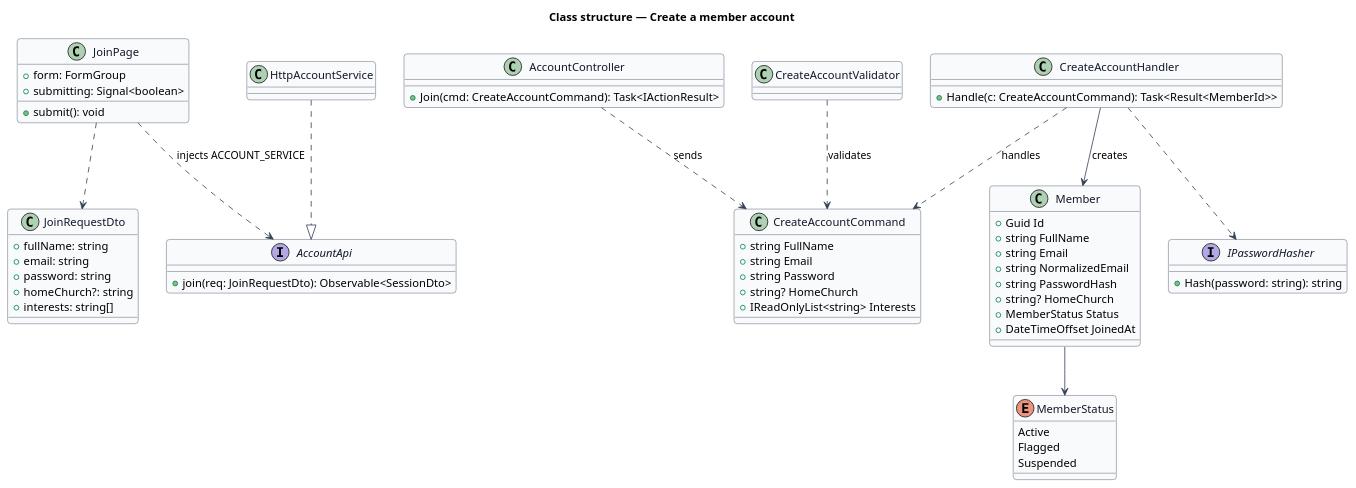
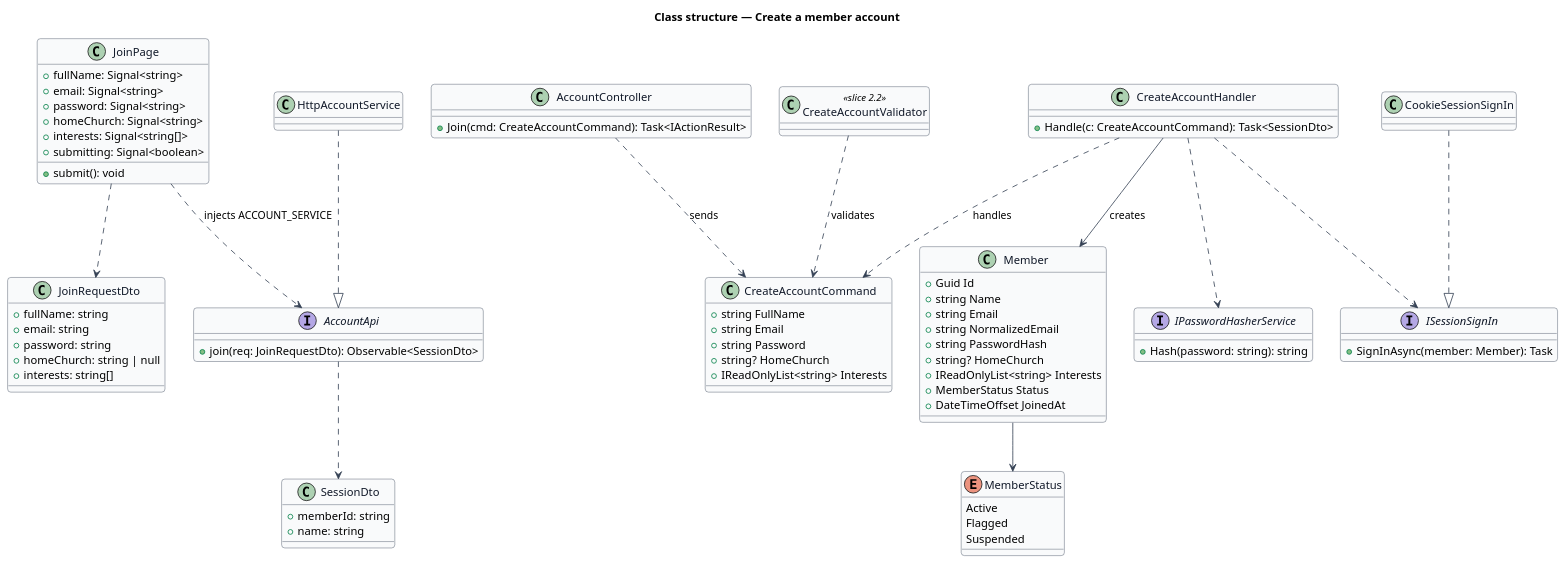
The diagram in docs/detailed-designs/member-access/create-account/diagrams/class-structure.puml (QuinntyneBrown/christian-fitness), drawn with PlantUML before and after one commit. The commit also changed 8 other files, not shown here.

First line of the commit message:
Design slice 2.1: join signs the member in and lands on a Home stand-in

```diff
--- a/docs/detailed-designs/member-access/create-account/diagrams/class-structure.puml
+++ b/docs/detailed-designs/member-access/create-account/diagrams/class-structure.puml
@@ -1,70 +1,86 @@
 @startuml
 skinparam backgroundColor #FFFFFF
 skinparam shadowing false
 skinparam roundcorner 8
 skinparam defaultFontName Arial
 skinparam ArrowColor #344054
 skinparam class {
   BorderColor #344054
   FontColor #101828
   BackgroundColor #F9FAFB
 }
 title Class structure — Create a member account
 class JoinPage {
-  +form: FormGroup
+  +fullName: Signal<string>
+  +email: Signal<string>
+  +password: Signal<string>
+  +homeChurch: Signal<string>
+  +interests: Signal<string[]>
   +submitting: Signal<boolean>
   +submit(): void
 }
 interface AccountApi {
   +join(req: JoinRequestDto): Observable<SessionDto>
 }
 class HttpAccountService
 class JoinRequestDto {
   +fullName: string
   +email: string
   +password: string
-  +homeChurch?: string
+  +homeChurch: string | null
   +interests: string[]
+}
+class SessionDto {
+  +memberId: string
+  +name: string
 }
 class AccountController {
   +Join(cmd: CreateAccountCommand): Task<IActionResult>
 }
 class CreateAccountCommand {
   +string FullName
   +string Email
   +string Password
   +string? HomeChurch
   +IReadOnlyList<string> Interests
 }
-class CreateAccountValidator
+class CreateAccountValidator <<slice 2.2>>
 class CreateAccountHandler {
-  +Handle(c: CreateAccountCommand): Task<Result<MemberId>>
+  +Handle(c: CreateAccountCommand): Task<SessionDto>
 }
 class Member {
   +Guid Id
-  +string FullName
+  +string Name
   +string Email
   +string NormalizedEmail
   +string PasswordHash
   +string? HomeChurch
+  +IReadOnlyList<string> Interests
   +MemberStatus Status
   +DateTimeOffset JoinedAt
 }
 enum MemberStatus {
   Active
   Flagged
   Suspended
 }
-interface IPasswordHasher {
+interface IPasswordHasherService {
   +Hash(password: string): string
 }
+interface ISessionSignIn {
+  +SignInAsync(member: Member): Task
+}
+class CookieSessionSignIn
 HttpAccountService ..|> AccountApi
+CookieSessionSignIn ..|> ISessionSignIn
 JoinPage ..> AccountApi : injects ACCOUNT_SERVICE
 JoinPage ..> JoinRequestDto
+AccountApi ..> SessionDto
 AccountController ..> CreateAccountCommand : sends
 CreateAccountValidator ..> CreateAccountCommand : validates
 CreateAccountHandler ..> CreateAccountCommand : handles
-CreateAccountHandler ..> IPasswordHasher
+CreateAccountHandler ..> IPasswordHasherService
+CreateAccountHandler ..> ISessionSignIn
 CreateAccountHandler --> Member : creates
 Member --> MemberStatus
 @enduml
```
